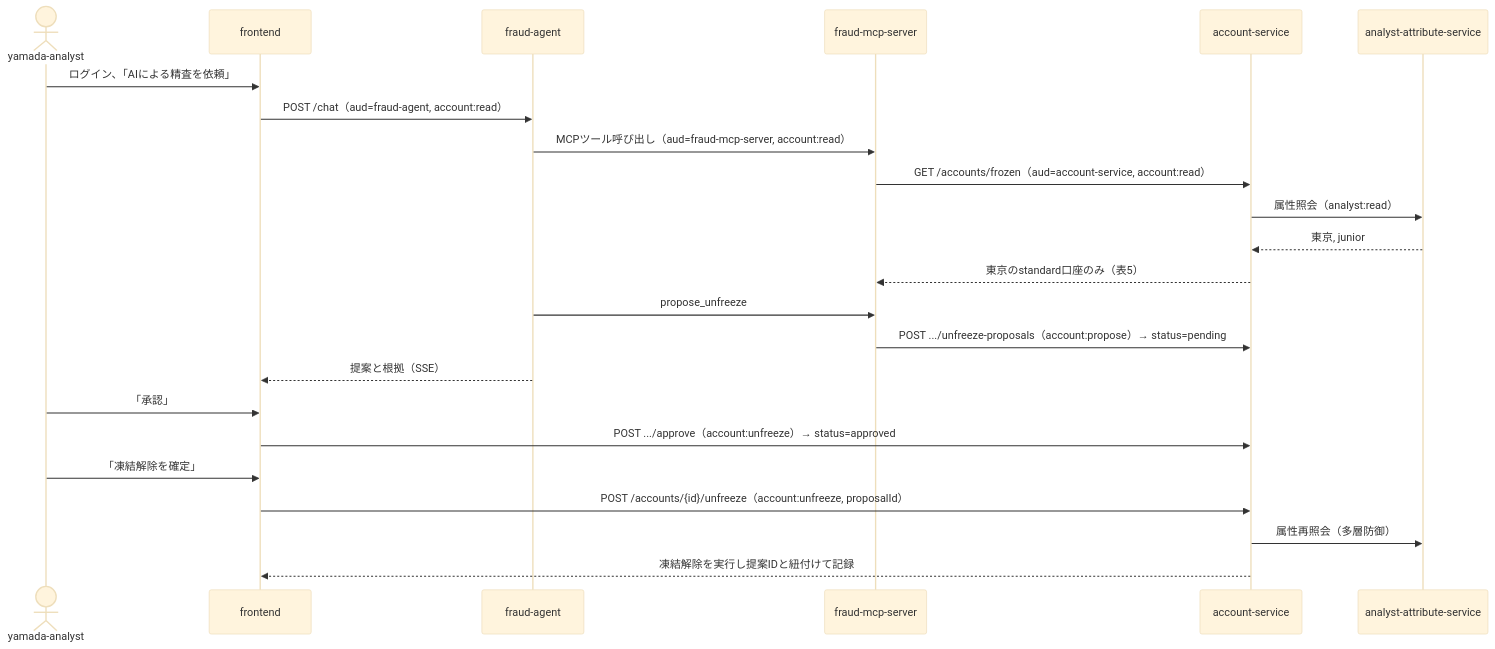
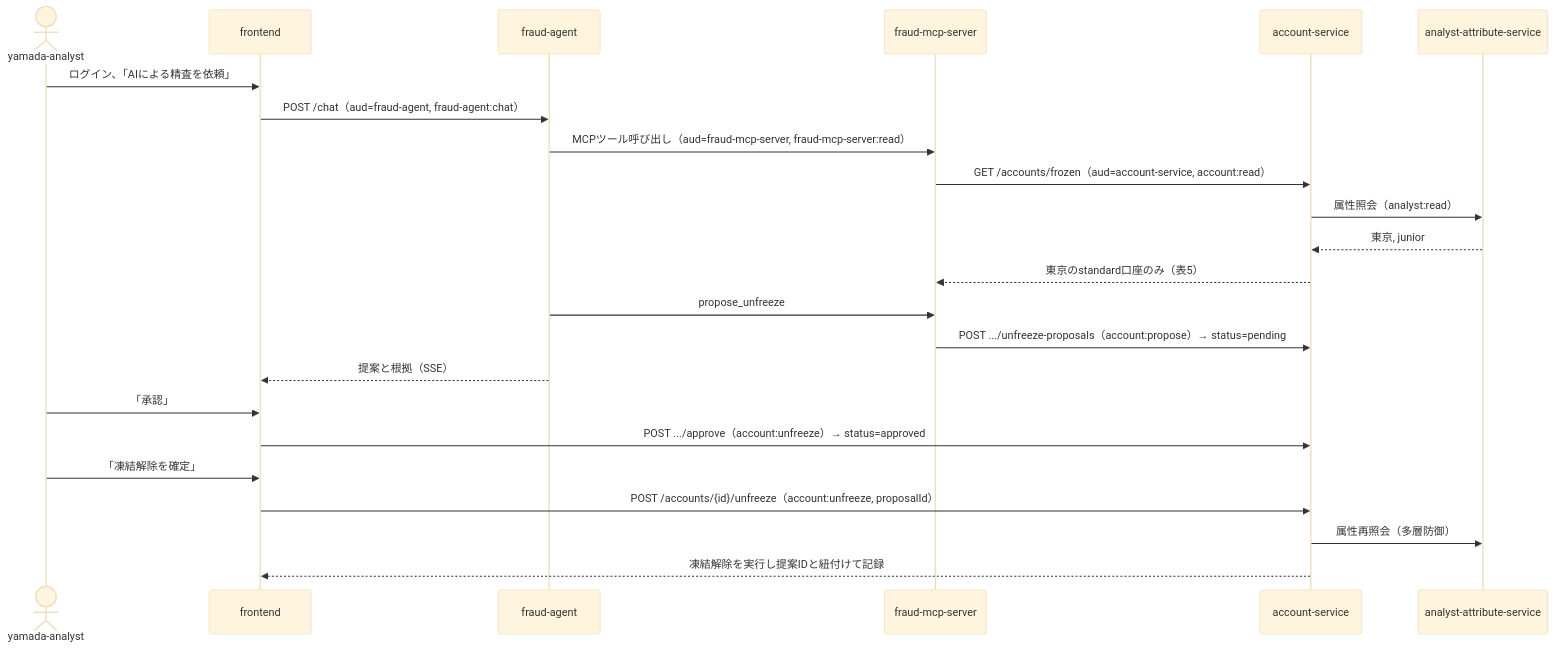
The second of 2 diagrams in docs/architecture.md (mahitotsu/gekko_07), drawn with Mermaid (base theme) before and after one commit. The commit also changed other lines of this file and 15 other files, not shown here.

First line of the commit message:
keycloak, k8s, docs: account:readのaudience共有を解消し、fraud-agent/fraud-mcp-server向けを専用scopeへ分離する(ADR 0046)

````diff
--- a/docs/architecture.md
+++ b/docs/architecture.md
@@ -449,25 +449,25 @@
 ```mermaid
 sequenceDiagram
   actor A as yamada-analyst
   participant FE as frontend
   participant FA as fraud-agent
   participant MCP as fraud-mcp-server
   participant AS as account-service
   participant AAS as analyst-attribute-service
   A->>FE: ログイン、「AIによる精査を依頼」
-  FE->>FA: POST /chat（aud=fraud-agent, account:read）
-  FA->>MCP: MCPツール呼び出し（aud=fraud-mcp-server, account:read）
+  FE->>FA: POST /chat（aud=fraud-agent, fraud-agent:chat）
+  FA->>MCP: MCPツール呼び出し（aud=fraud-mcp-server, fraud-mcp-server:read）
   MCP->>AS: GET /accounts/frozen（aud=account-service, account:read）
   AS->>AAS: 属性照会（analyst:read）
   AAS-->>AS: 東京, junior
   AS-->>MCP: 東京のstandard口座のみ（表5）
   FA->>MCP: propose_unfreeze
   MCP->>AS: POST .../unfreeze-proposals（account:propose）→ status=pending
   FA-->>FE: 提案と根拠（SSE）
   A->>FE: 「承認」
   FE->>AS: POST .../approve（account:unfreeze）→ status=approved
   A->>FE: 「凍結解除を確定」
   FE->>AS: POST /accounts/{id}/unfreeze（account:unfreeze, proposalId）
   AS->>AAS: 属性再照会（多層防御）
   AS-->>FE: 凍結解除を実行し提案IDと紐付けて記録
 ```
````
